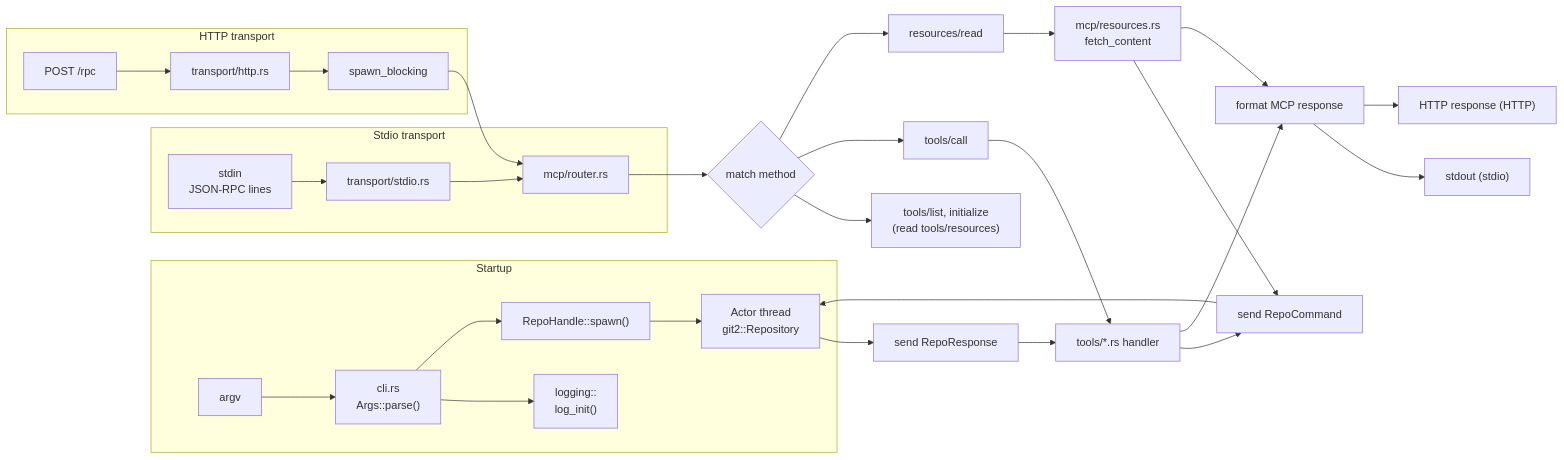
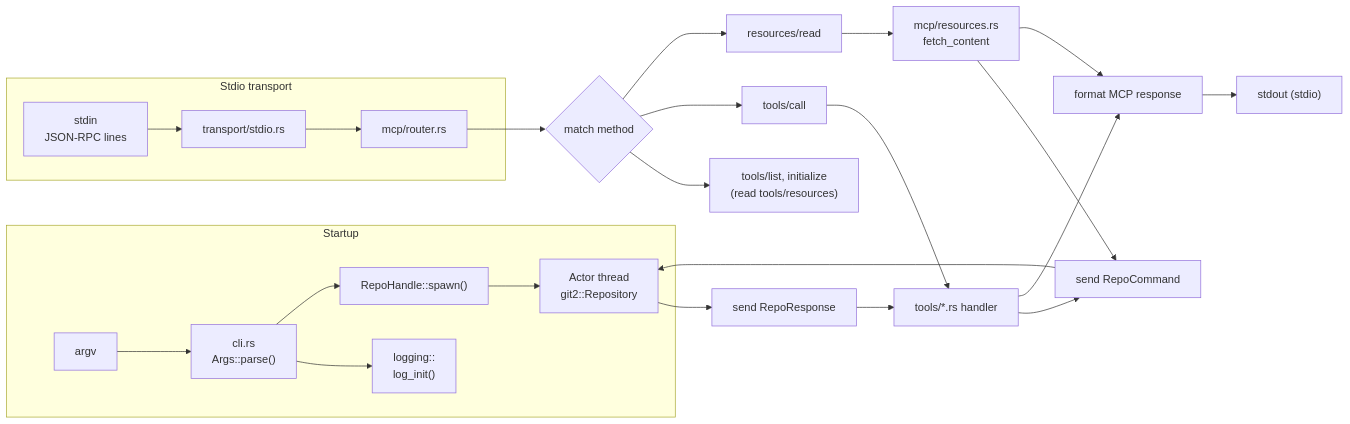
The fourth of 7 diagrams in DEV_IN_DEPTH.md (pritam12426/gitforge), drawn with Mermaid before and after one commit. The commit also changed other lines of this file and 14 other files, not shown here.

First line of the commit message:
refactor: remove HTTP transport and server subcommand

````diff
--- a/DEV_IN_DEPTH.md
+++ b/DEV_IN_DEPTH.md
@@ -723,40 +604,33 @@
 ```mermaid
 flowchart LR
     subgraph Input["Startup"]
         A["argv"] --> B["cli.rs<br/>Args::parse()"]
         B --> C["logging::<br/>log_init()"]
         B --> D["RepoHandle::spawn()"]
         D --> E["</> Actor thread<br/>git2::Repository"]
     end
 
     subgraph Stdio["Stdio transport"]
         F["stdin<br/>JSON-RPC lines"] --> G["transport/stdio.rs"]
         G --> H["mcp/router.rs"]
-    end
-
-    subgraph Http["HTTP transport"]
-        I["POST /rpc"] --> J["transport/http.rs"]
-        J --> K["spawn_blocking"]
-        K --> H
     end
 
     H --> L{"match method"}
     L --> M["tools/list, initialize<br/>(read tools/resources)"]
     L --> N["tools/call"]
     L --> O["resources/read"]
 
     N --> P["tools/*.rs handler"]
     P --> Q["send RepoCommand"]
     Q --> E
     E --> R["send RepoResponse"]
     R --> P
 
     O --> S["mcp/resources.rs<br/>fetch_content"]
     S --> Q
 
     P --> T["format MCP response"]
     S --> T
 
     T --> U["stdout (stdio)"]
-    T --> V["HTTP response (HTTP)"]
 ```
````
